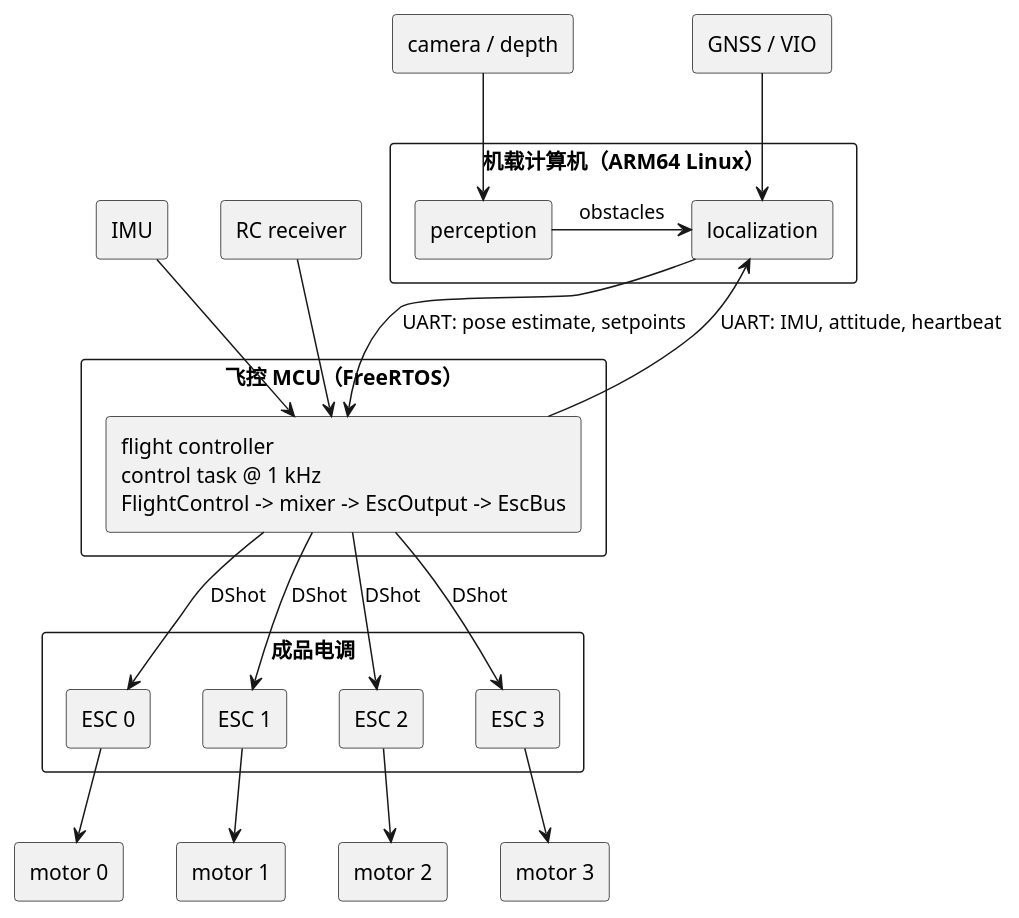
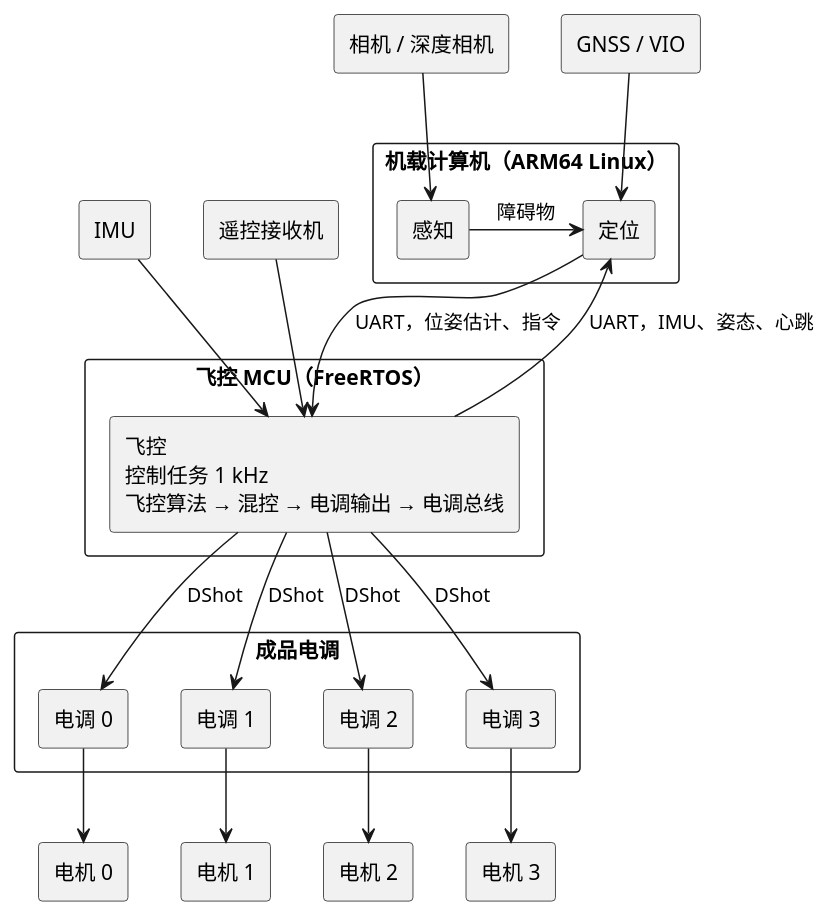
Before and after one commit to ravii/ruhnix-flight-system: the diagram in docs/diagrams/architecture-deployment.puml, drawn with PlantUML. The commit also changed 12 other files, not shown here.

First line of the commit message:
docs: Chinese PlantUML diagrams without ":" in element names

```diff
--- a/docs/diagrams/architecture-deployment.puml
+++ b/docs/diagrams/architecture-deployment.puml
@@ -1,45 +1,44 @@
 @startuml
 ' rfs-diagram: architecture-deployment
 skinparam componentStyle rectangle
 skinparam shadowing false
 
-agent "camera / depth" as CAM
+agent "相机 / 深度相机" as CAM
 agent "GNSS / VIO" as GNSS
 agent "IMU" as IMU
-agent "RC receiver" as RC
+agent "遥控接收机" as RC
+agent "电机 0" as M0
+agent "电机 1" as M1
+agent "电机 2" as M2
+agent "电机 3" as M3
 
 rectangle "机载计算机（ARM64 Linux）" {
-  component "perception" as PER
-  component "localization" as LOC
+  component "感知" as PER
+  component "定位" as LOC
 }
 rectangle "飞控 MCU（FreeRTOS）" {
-  component "flight controller\ncontrol task @ 1 kHz\nFlightControl -> mixer -> EscOutput -> EscBus" as FC
+  component "飞控\n控制任务 1 kHz\n飞控算法 → 混控 → 电调输出 → 电调总线" as FC
 }
-agent "motor 0" as M0
-agent "motor 1" as M1
-agent "motor 2" as M2
-agent "motor 3" as M3
-
 rectangle "成品电调" {
-  component "ESC 0" as E0
-  component "ESC 1" as E1
-  component "ESC 2" as E2
-  component "ESC 3" as E3
+  component "电调 0" as E0
+  component "电调 1" as E1
+  component "电调 2" as E2
+  component "电调 3" as E3
 }
 
 CAM --> PER
 GNSS --> LOC
-PER -right-> LOC : obstacles
-LOC --> FC : UART: pose estimate, setpoints
-FC --> LOC : UART: IMU, attitude, heartbeat
+PER -> LOC : 障碍物
+LOC --> FC : UART，位姿估计、指令
+FC --> LOC : UART，IMU、姿态、心跳
 IMU --> FC
 RC --> FC
 FC --> E0 : DShot
 FC --> E1 : DShot
 FC --> E2 : DShot
 FC --> E3 : DShot
 E0 --> M0
 E1 --> M1
 E2 --> M2
 E3 --> M3
 @enduml
```
